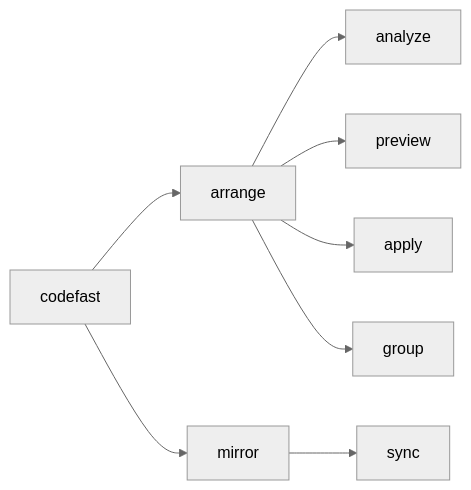
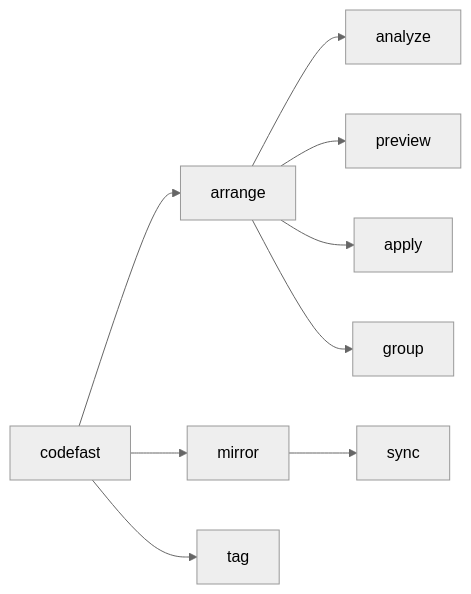
One commit to codefastlabs/codefast changed the diagram in packages/cli/README.md. Above: the diagram before and after it, drawn with Mermaid (neutral theme). The commit also changed other lines of this file and 21 other files, not shown here.

````diff
--- a/packages/cli/README.md
+++ b/packages/cli/README.md
@@ -8,13 +9,14 @@
 ```mermaid
 flowchart LR
   R[codefast]
   R --> A[arrange]
   R --> M[mirror]
+  R --> T[tag]
 
   A --> A0[analyze]
   A --> A1[preview]
   A --> A2[apply]
   A --> A3[group]
 
   M --> M0[sync]
 ```
````
